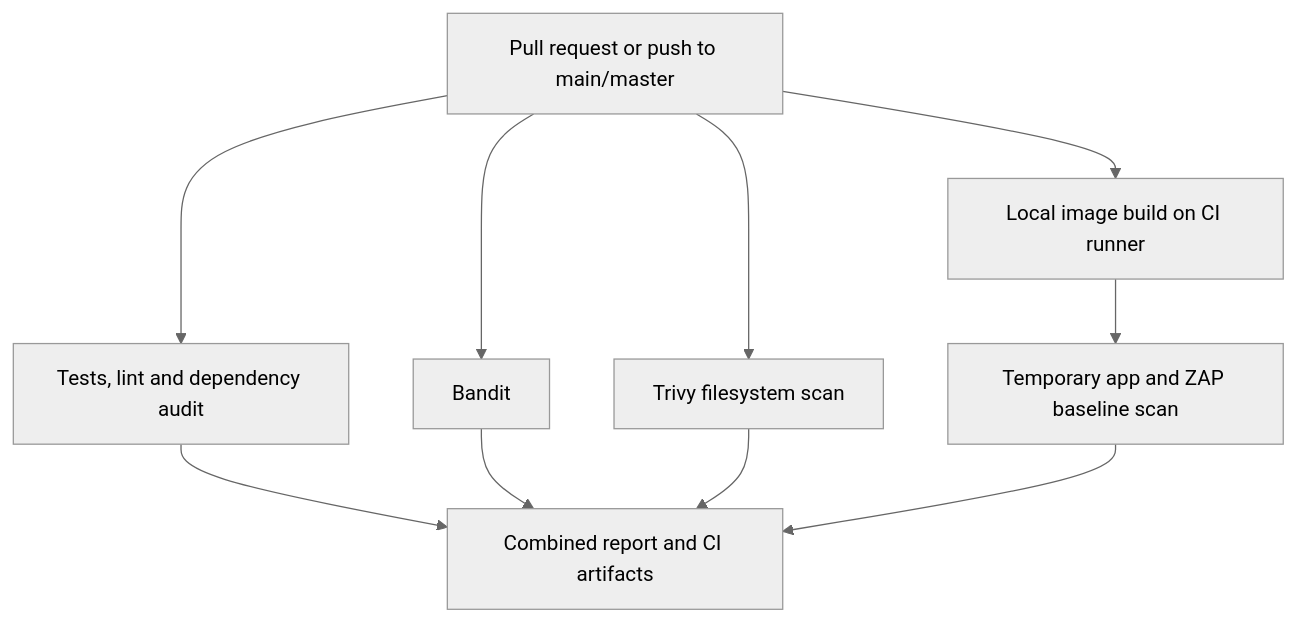
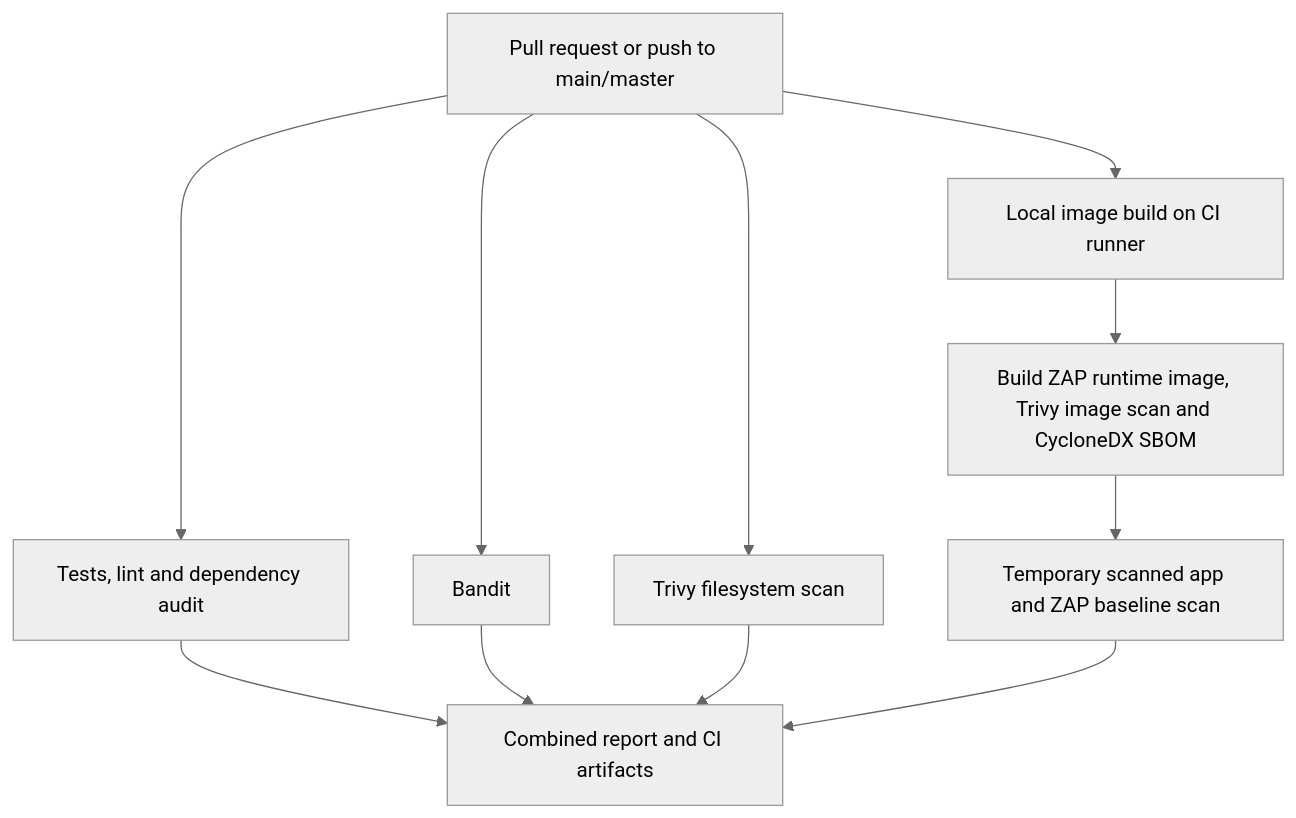
The diagram in README.md (pfoseh-ops/ai-devsecops-platform), drawn with Mermaid (neutral theme) before and after one commit. The commit also changed other lines of this file and 7 other files, not shown here.

Commit message:
Automate runtime image vulnerability scans and CycloneDX SBOMs

````diff
--- a/README.md
+++ b/README.md
@@ -45,12 +45,13 @@
 ```mermaid
 flowchart TD
     trigger[Pull request or push to main/master] --> tests[Tests, lint and dependency audit]
     trigger --> sast[Bandit]
     trigger --> sca[Trivy filesystem scan]
     trigger --> build[Local image build on CI runner]
-    build --> dast[Temporary app and ZAP baseline scan]
+    build --> image[Build ZAP runtime image, Trivy image scan and CycloneDX SBOM]
+    image --> dast[Temporary scanned app and ZAP baseline scan]
     tests --> report[Combined report and CI artifacts]
     sast --> report
     sca --> report
     dast --> report
 ```
````
